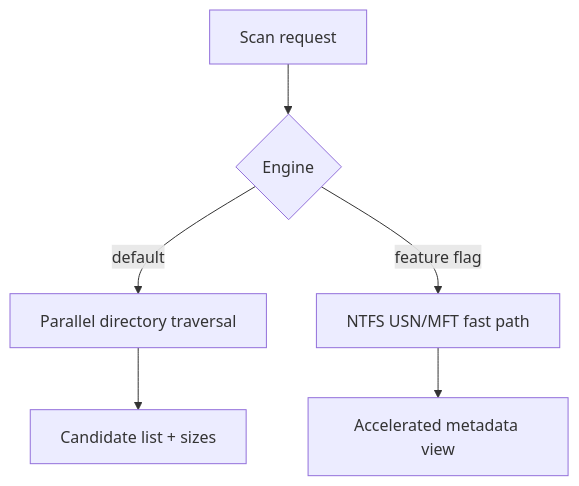
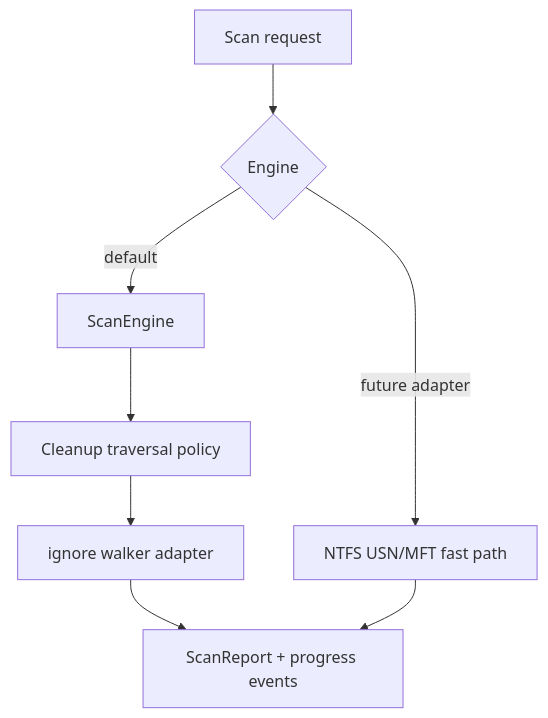
Before and after one commit to Latias94/rebecca: the diagram in docs/adr/0005-scan-engine-strategy.md, drawn with Mermaid. The commit also changed other lines of this file and 7 other files, not shown here.

First line of the commit message:
refactor(core)!: introduce scan engine measurement module

````diff
--- a/docs/adr/0005-scan-engine-strategy.md
+++ b/docs/adr/0005-scan-engine-strategy.md
@@ -12,8 +14,10 @@
 ```mermaid
 flowchart TD
   A[Scan request] --> B{Engine}
-  B -->|default| C[Parallel directory traversal]
-  B -->|feature flag| D[NTFS USN/MFT fast path]
-  C --> E[Candidate list + sizes]
-  D --> F[Accelerated metadata view]
+  B -->|default| C[ScanEngine]
+  C --> D[Cleanup traversal policy]
+  D --> E[ignore walker adapter]
+  B -->|future adapter| F[NTFS USN/MFT fast path]
+  E --> G[ScanReport + progress events]
+  F --> G
 ```
````
